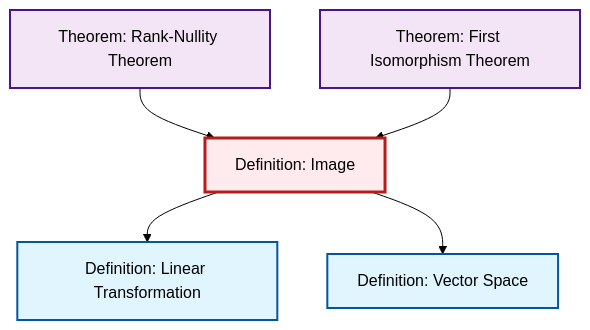
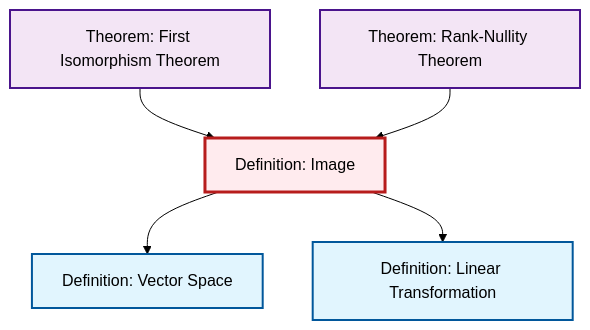
The diagram in content/en/algebra/def-image.qmd (RK0429/ModernMath), drawn with Mermaid (forest theme) before and after one commit. The commit also changed other lines of this file and 619 other files, not shown here.

````diff
--- a/content/en/algebra/def-image.qmd
+++ b/content/en/algebra/def-image.qmd
@@ -51,23 +51,23 @@
 ```{mermaid}
 %%| fig-cap: "Local dependency graph"
 graph TD
     classDef definition fill:#e1f5fe,stroke:#01579b,stroke-width:2px
     classDef theorem fill:#f3e5f5,stroke:#4a148c,stroke-width:2px
     classDef axiom fill:#fff3e0,stroke:#e65100,stroke-width:2px
     classDef example fill:#e8f5e9,stroke:#1b5e20,stroke-width:2px
     classDef current fill:#ffebee,stroke:#b71c1c,stroke-width:3px
+    def-linear-transformation["Definition: Linear Transformation"]:::definition
     thm-rank-nullity["Theorem: Rank-Nullity Theorem"]:::theorem
+    thm-first-isomorphism["Theorem: First Isomorphism Theorem"]:::theorem
+    def-image["Definition: Image"]:::definition
     def-vector-space["Definition: Vector Space"]:::definition
-    thm-first-isomorphism["Theorem: First Isomorphism Theorem"]:::theorem
-    def-linear-transformation["Definition: Linear Transformation"]:::definition
-    def-image["Definition: Image"]:::definition
+    thm-first-isomorphism --> def-image
+    def-image --> def-vector-space
+    def-image --> def-linear-transformation
     thm-rank-nullity --> def-image
-    thm-first-isomorphism --> def-image
-    def-image --> def-linear-transformation
-    def-image --> def-vector-space
     class def-image current
+    click def-linear-transformation "def-linear-transformation.html" "Go to Linear Transformation definition"
     click thm-rank-nullity "thm-rank-nullity.html" "Go to Rank-Nullity Theorem theorem"
+    click thm-first-isomorphism "thm-first-isomorphism.html" "Go to First Isomorphism Theorem theorem"
     click def-vector-space "def-vector-space.html" "Go to Vector Space definition"
-    click thm-first-isomorphism "thm-first-isomorphism.html" "Go to First Isomorphism Theorem theorem"
-    click def-linear-transformation "def-linear-transformation.html" "Go to Linear Transformation definition"
 ```
````
